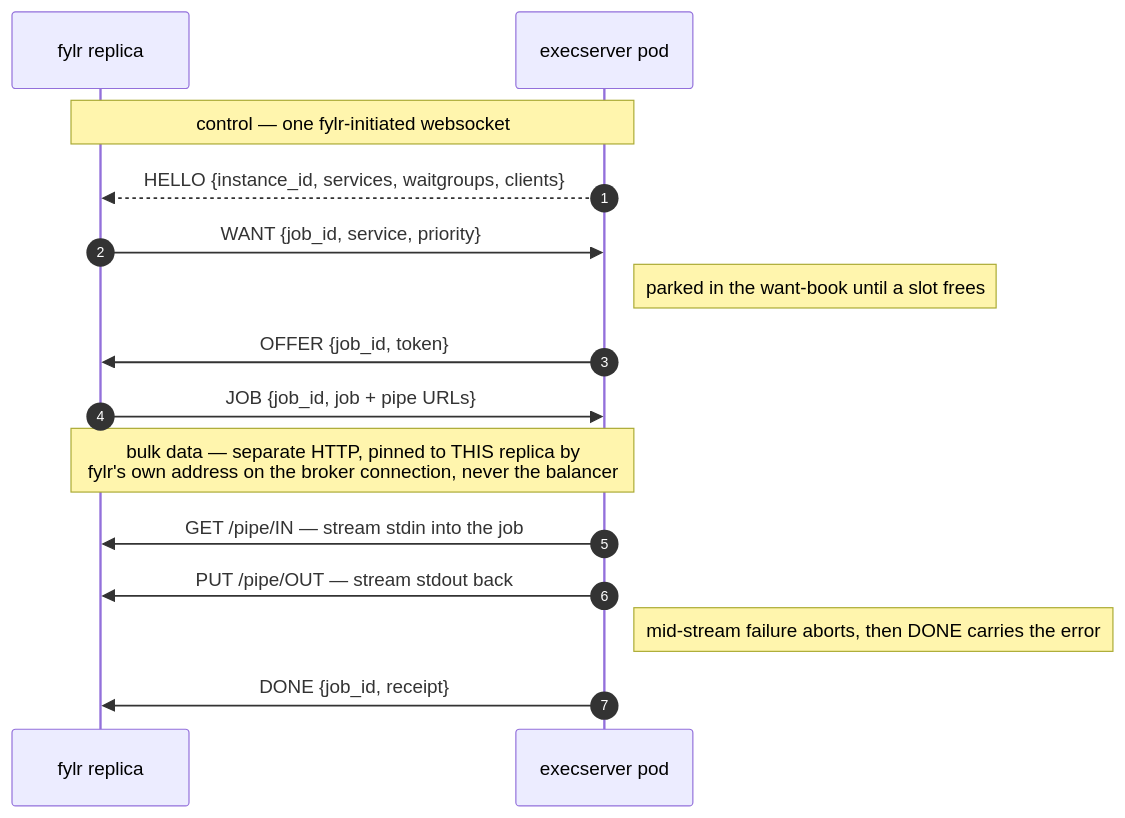
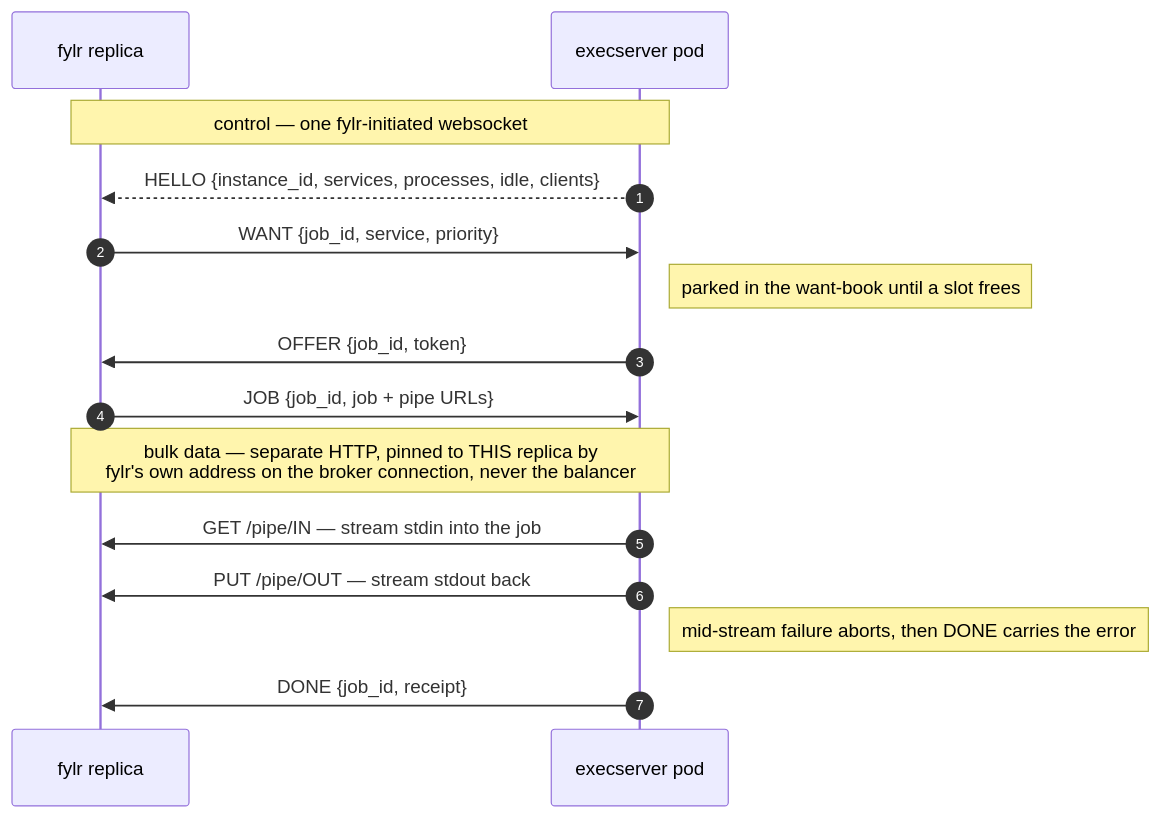
The diagram in for-developers/concepts/white-papers/execserver-slot-broker.md (programmfabrik/fylr-gitbook), drawn with Mermaid before and after one commit. The commit also changed other lines of this file and 4 other files, not shown here.

````diff
--- a/for-developers/concepts/white-papers/execserver-slot-broker.md
+++ b/for-developers/concepts/white-papers/execserver-slot-broker.md
@@ -57,19 +58,19 @@
 ```mermaid
 sequenceDiagram
     autonumber
     participant F as fylr replica
     participant X as execserver pod
 
     Note over F,X: control — one fylr-initiated websocket
-    X-->>F: HELLO {instance_id, services, waitgroups, clients}
+    X-->>F: HELLO {instance_id, services, processes, idle, clients}
     F->>X: WANT {job_id, service, priority}
     Note right of X: parked in the want-book until a slot frees
     X->>F: OFFER {job_id, token}
     F->>X: JOB {job_id, job + pipe URLs}
 
     Note over F,X: bulk data — separate HTTP, pinned to THIS replica by<br/>fylr's own address on the broker connection, never the balancer
     X->>F: GET /pipe/IN — stream stdin into the job
     X->>F: PUT /pipe/OUT — stream stdout back
     Note right of X: mid-stream failure aborts, then DONE carries the error
     X->>F: DONE {job_id, receipt}
 ```
````
